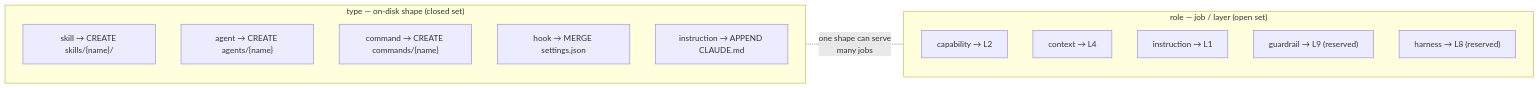
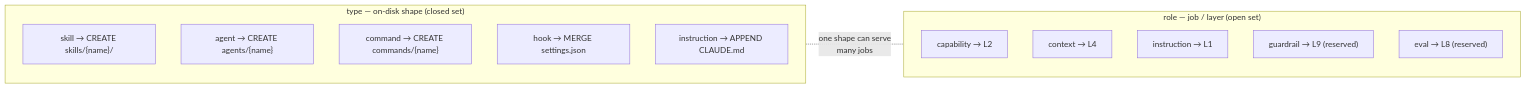
Before and after one commit to darkquasar/patronus: the sixth of 7 diagrams in README.md, drawn with Mermaid. The commit also changed other lines of this file and 7 other files, not shown here.

````diff
--- a/README.md
+++ b/README.md
@@ -226,18 +232,18 @@
 ```mermaid
 flowchart LR
     subgraph Types["type — on-disk shape (closed set)"]
         K1["skill → CREATE skills/{name}/"]
         K2["agent → CREATE agents/{name}"]
         K3["command → CREATE commands/{name}"]
         K4["hook → MERGE settings.json"]
         K5["instruction → APPEND CLAUDE.md"]
     end
     subgraph Roles["role — job / layer (open set)"]
         R1["capability → L2"]
         R2["context → L4"]
         R3["instruction → L1"]
         R4["guardrail → L9 (reserved)"]
-        R5["harness → L8 (reserved)"]
+        R5["eval → L8 (reserved)"]
     end
     Types -. "one shape can serve<br/>many jobs" .- Roles
 ```
````
